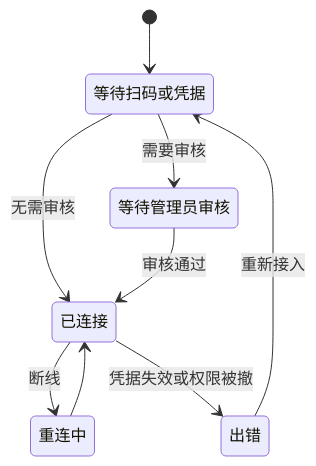
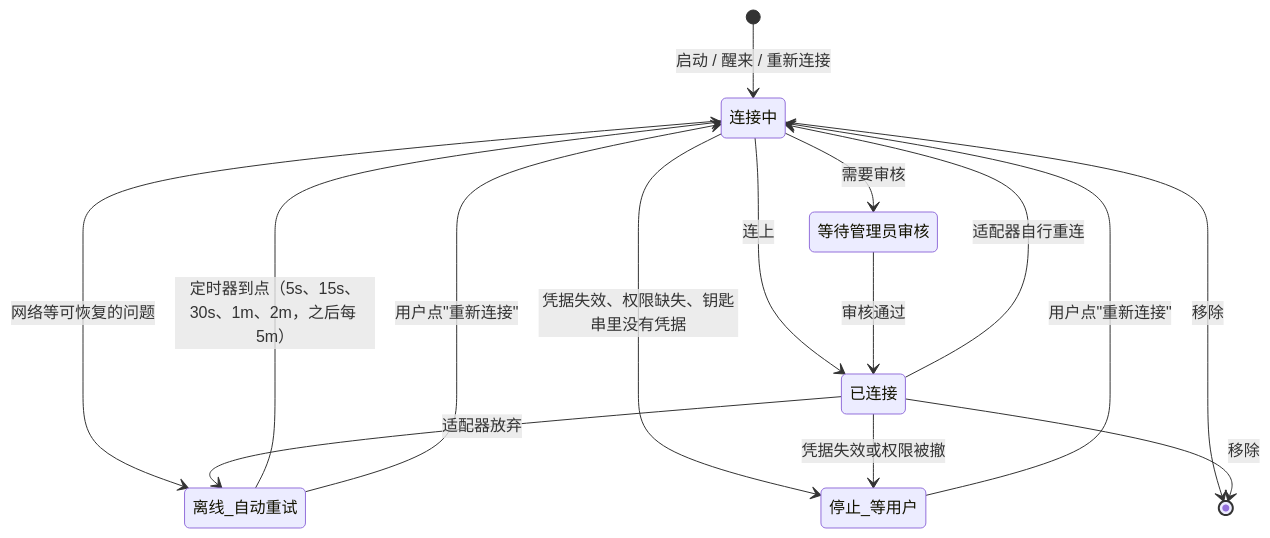
The second of 3 diagrams in docs/spec.md (earayu/Mingle), drawn with Mermaid before and after one commit. The commit also changed other lines of this file and 17 other files, not shown here.

````diff
--- a/docs/spec.md
+++ b/docs/spec.md
@@ -330,11 +332,17 @@
 ```mermaid
 stateDiagram-v2
-  [*] --> 等待扫码或凭据
-  等待扫码或凭据 --> 等待管理员审核: 需要审核
-  等待扫码或凭据 --> 已连接: 无需审核
+  [*] --> 连接中: 启动 / 醒来 / 重新连接
+  连接中 --> 已连接: 连上
+  连接中 --> 等待管理员审核: 需要审核
   等待管理员审核 --> 已连接: 审核通过
-  已连接 --> 重连中: 断线
-  重连中 --> 已连接
-  已连接 --> 出错: 凭据失效或权限被撤
-  出错 --> 等待扫码或凭据: 重新接入
+  已连接 --> 连接中: 适配器自行重连
+  连接中 --> 离线_自动重试: 网络等可恢复的问题
+  已连接 --> 离线_自动重试: 适配器放弃
+  离线_自动重试 --> 连接中: 定时器到点（5s、15s、30s、1m、2m，之后每 5m）
+  连接中 --> 停止_等用户: 凭据失效、权限缺失、钥匙串里没有凭据
+  已连接 --> 停止_等用户: 凭据失效或权限被撤
+  停止_等用户 --> 连接中: 用户点"重新连接"
+  离线_自动重试 --> 连接中: 用户点"重新连接"
+  连接中 --> [*]: 移除
+  已连接 --> [*]: 移除
 ```
````
